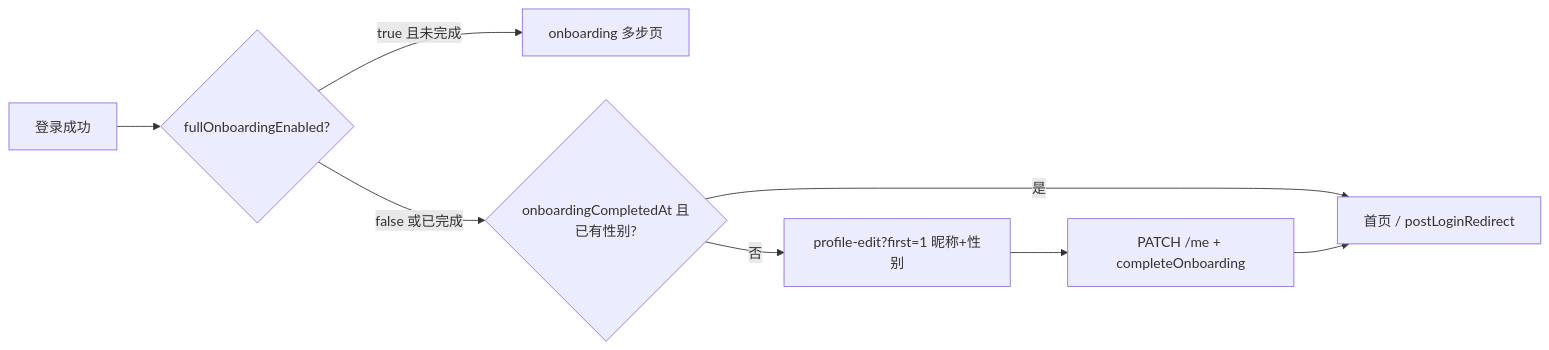
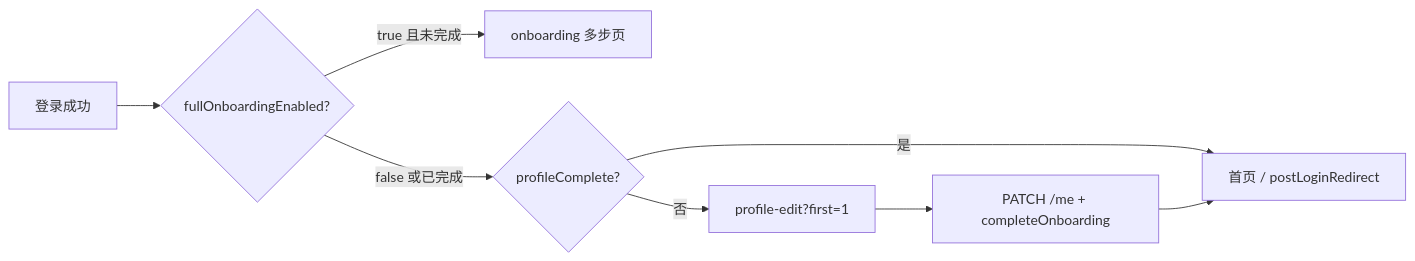
One commit to zhouligit/wander_meet changed the diagram in doc/WanderMeet_新手引导_产品与进度.md. Above: the diagram before and after it, drawn with Mermaid. The commit also changed other lines of this file and 9 other files, not shown here.

````diff
--- a/doc/WanderMeet_新手引导_产品与进度.md
+++ b/doc/WanderMeet_新手引导_产品与进度.md
@@ -23,10 +23,10 @@
 ```mermaid
 flowchart LR
   A[登录成功] --> B{fullOnboardingEnabled?}
   B -->|true 且未完成| C[onboarding 多步页]
-  B -->|false 或已完成| D{onboardingCompletedAt 且已有性别?}
-  D -->|否| E[profile-edit?first=1 昵称+性别]
+  B -->|false 或已完成| D{profileComplete?}
+  D -->|否| E[profile-edit?first=1]
   D -->|是| F[首页 / postLoginRedirect]
   E --> G[PATCH /me + completeOnboarding]
   G --> F
 ```
````
